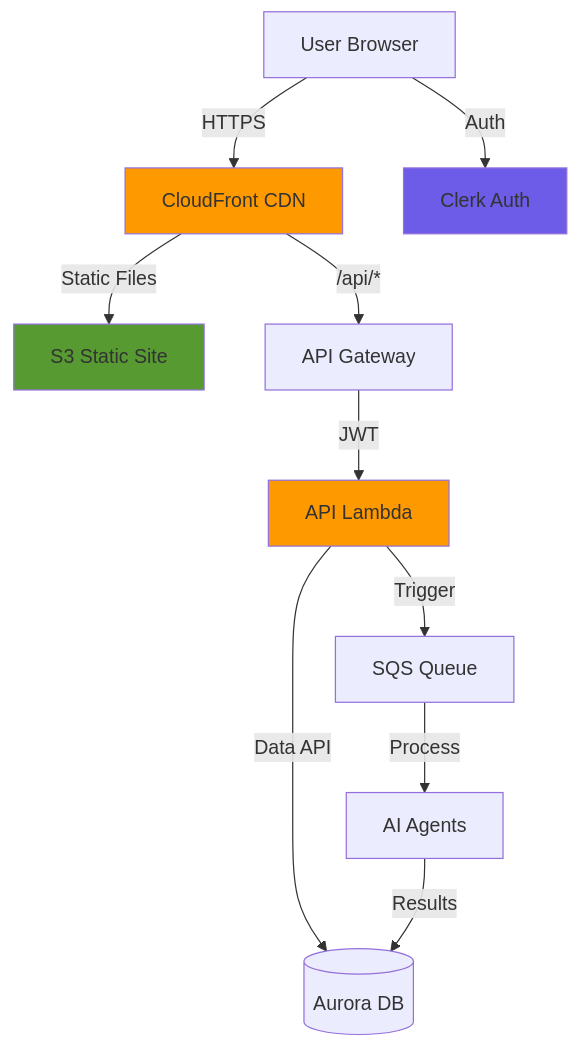
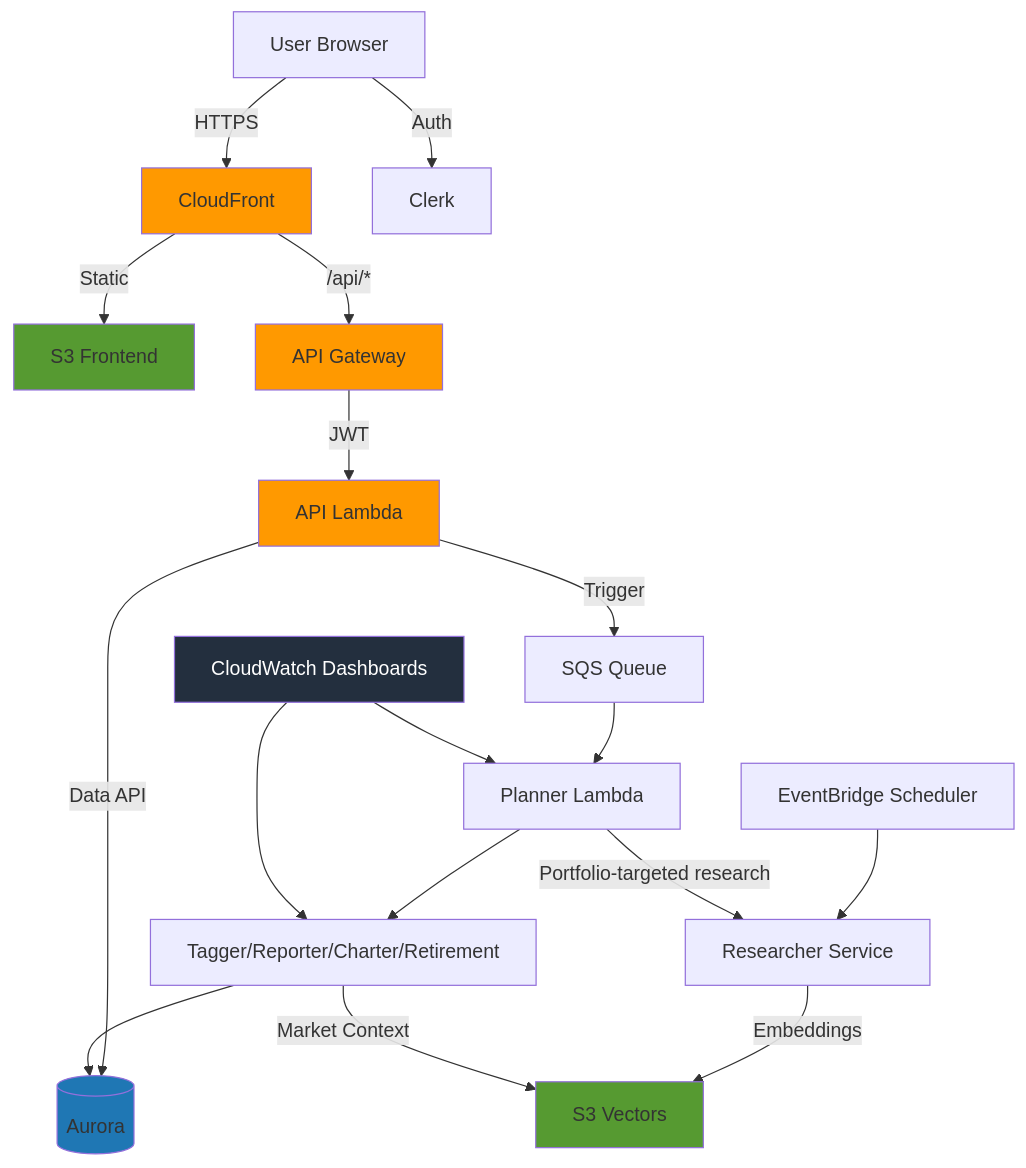
One commit to Ch3rry-Pi3-AI/LLMOps-Financial-Planner changed the diagram in README.md. Above: the diagram before and after it, drawn with Mermaid. The commit also changed other lines of this file and 11 other files, not shown here.

````diff
--- a/README.md
+++ b/README.md
@@ -25,20 +64,32 @@
 ```mermaid
 graph TB
-    User[User Browser] -->|HTTPS| CF[CloudFront CDN]
-    CF -->|Static Files| S3[S3 Static Site]
+    User[User Browser] -->|HTTPS| CF[CloudFront]
+    CF -->|Static| S3[S3 Frontend]
     CF -->|/api/*| APIG[API Gateway]
 
-    User -->|Auth| Clerk[Clerk Auth]
-    APIG -->|JWT| Lambda[API Lambda]
+    User -->|Auth| Clerk[Clerk]
+    APIG -->|JWT| API[API Lambda]
 
-    Lambda -->|Data API| Aurora[(Aurora DB)]
-    Lambda -->|Trigger| SQS[SQS Queue]
+    API -->|Data API| Aurora[(Aurora)]
+    API -->|Trigger| SQS[SQS Queue]
 
-    SQS -->|Process| Agents[AI Agents]
-    Agents -->|Results| Aurora
+    SQS --> Planner[Planner Lambda]
+    Planner --> Agents[Tagger/Reporter/Charter/Retirement]
+    Agents --> Aurora
+
+    Scheduler[EventBridge Scheduler] --> Researcher[Researcher Service]
+    Planner -->|Portfolio-targeted research| Researcher
+    Researcher -->|Embeddings| S3V[S3 Vectors]
+    Agents -->|Market Context| S3V
+
+    CW[CloudWatch Dashboards] --> Planner
+    CW --> Agents
 
     style CF fill:#FF9900
+    style APIG fill:#FF9900
+    style API fill:#FF9900
     style S3 fill:#569A31
-    style Lambda fill:#FF9900
-    style Clerk fill:#6C5CE7
+    style Aurora fill:#1f77b4
+    style S3V fill:#569A31
+    style CW fill:#232F3E,color:#fff
 ```
````
